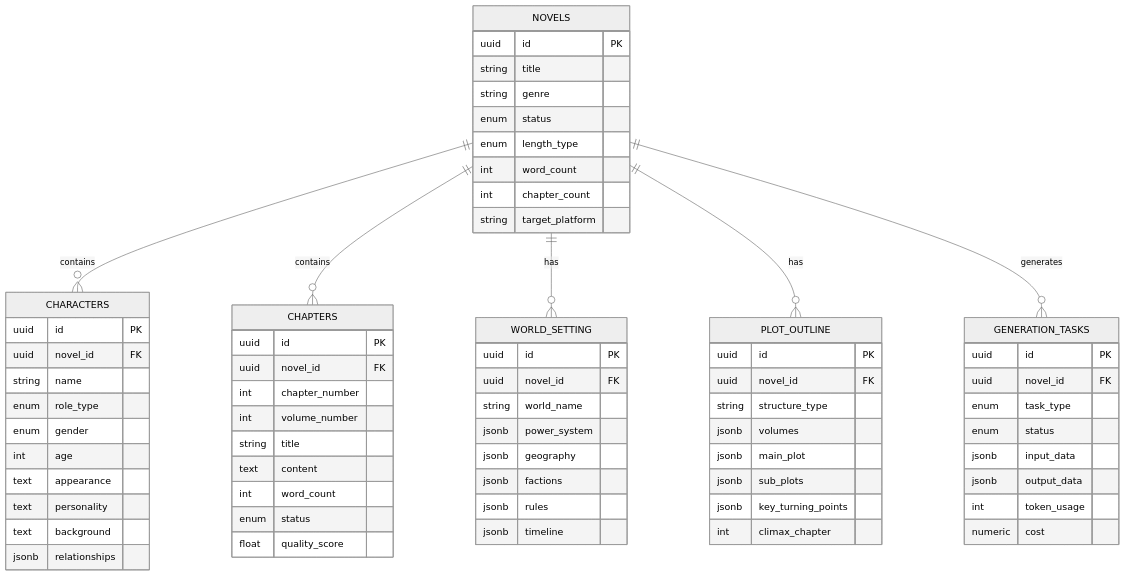
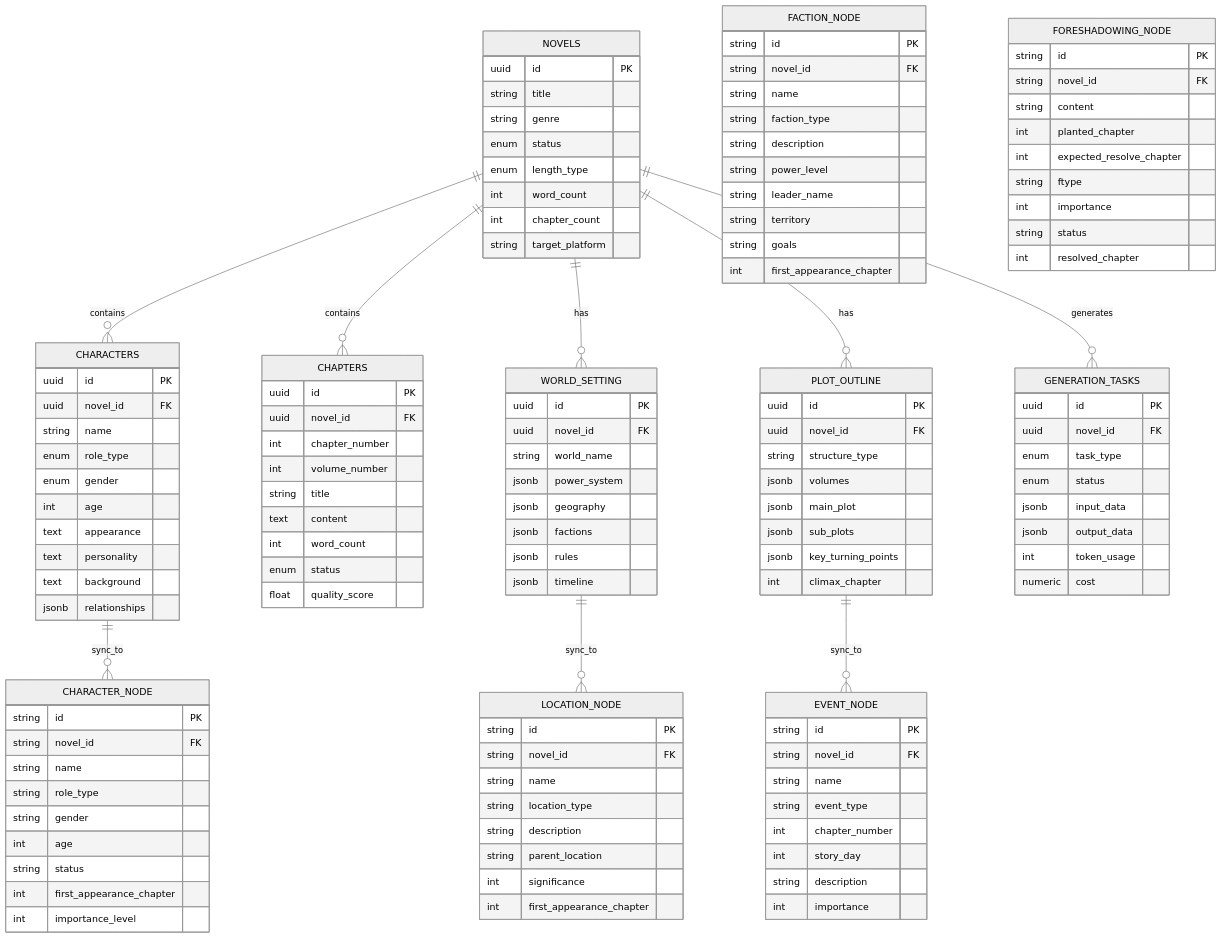
The sixth of 7 diagrams in .qoder/repowiki/zh/content/API接口文档/API接口文档.md (xfbyxq/ai-novel-system), drawn with Mermaid (neutral theme) before and after one commit. The commit also changed other lines of this file and 19 other files, not shown here.

First line of the commit message:
feat(graph): 新增图数据库完整支持与AI聊天集成

````diff
--- a/.qoder/repowiki/zh/content/API接口文档/API接口文档.md
+++ b/.qoder/repowiki/zh/content/API接口文档/API接口文档.md
@@ -467,9 +579,66 @@
 int token_usage
 numeric cost
 }
+CHARACTER_NODE {
+string id PK
+string novel_id FK
+string name
+string role_type
+string gender
+int age
+string status
+int first_appearance_chapter
+int importance_level
+}
+LOCATION_NODE {
+string id PK
+string novel_id FK
+string name
+string location_type
+string description
+string parent_location
+int significance
+int first_appearance_chapter
+}
+EVENT_NODE {
+string id PK
+string novel_id FK
+string name
+string event_type
+int chapter_number
+int story_day
+string description
+int importance
+}
+FACTION_NODE {
+string id PK
+string novel_id FK
+string name
+string faction_type
+string description
+string power_level
+string leader_name
+string territory
+string goals
+int first_appearance_chapter
+}
+FORESHADOWING_NODE {
+string id PK
+string novel_id FK
+string content
+int planted_chapter
+int expected_resolve_chapter
+string ftype
+int importance
+string status
+int resolved_chapter
+}
 NOVELS ||--o{ CHARACTERS : contains
 NOVELS ||--o{ CHAPTERS : contains
 NOVELS ||--o{ WORLD_SETTING : has
 NOVELS ||--o{ PLOT_OUTLINE : has
 NOVELS ||--o{ GENERATION_TASKS : generates
+CHARACTERS ||--o{ CHARACTER_NODE : sync_to
+WORLD_SETTING ||--o{ LOCATION_NODE : sync_to
+PLOT_OUTLINE ||--o{ EVENT_NODE : sync_to
 ```
````
